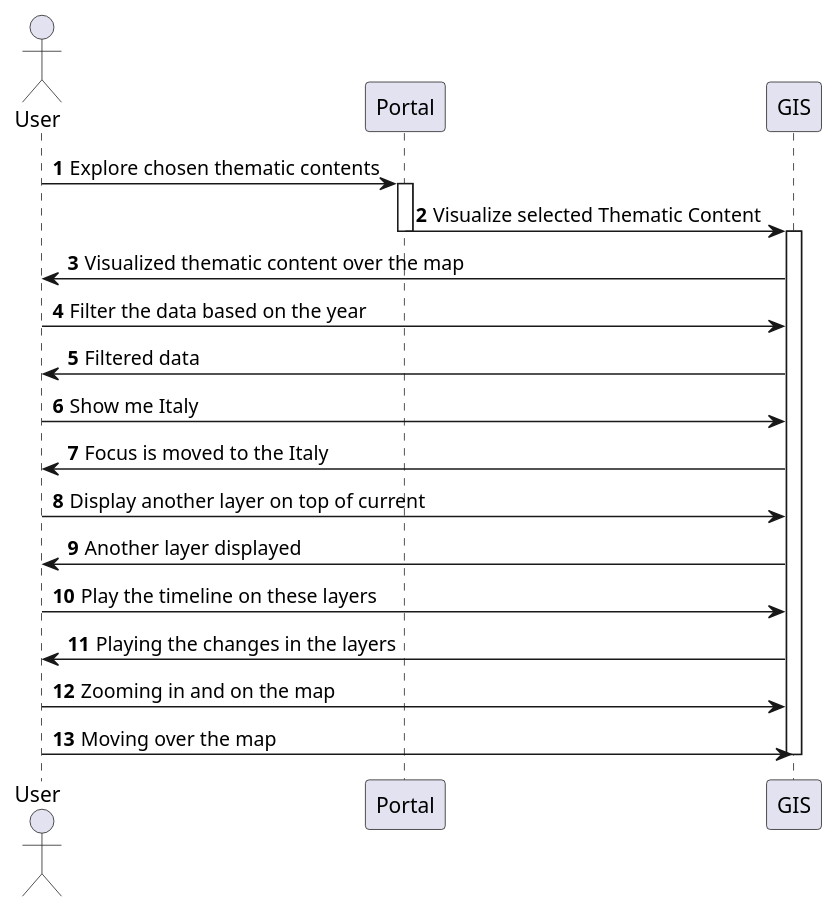
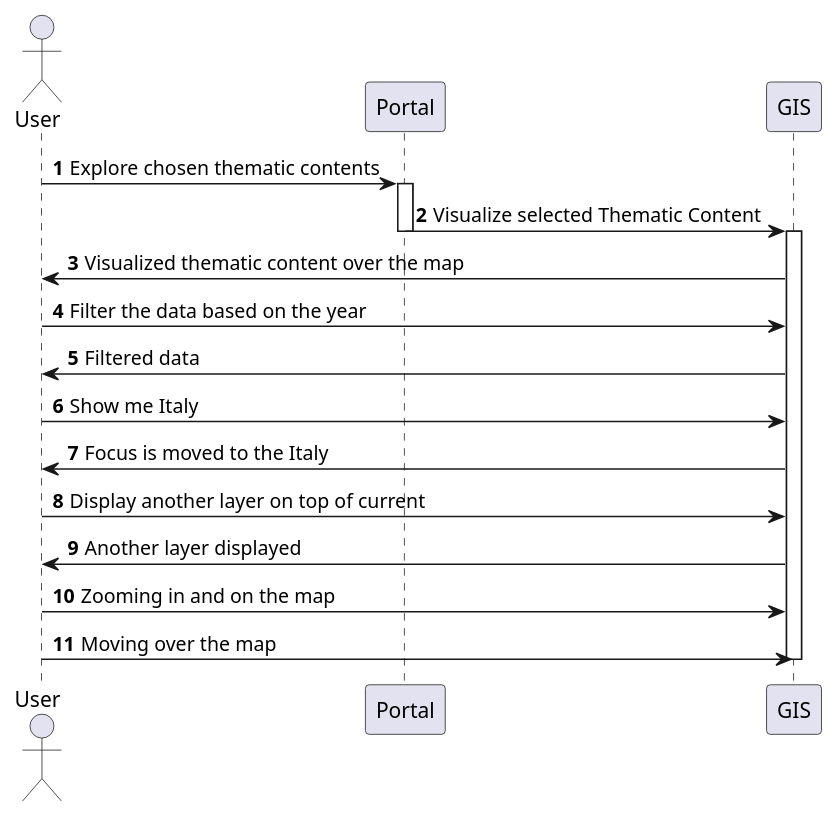
One commit to urban-tep/DDF-SDD changed the first of 2 diagrams in source/design/UC04.rst. Above: the diagram before and after it, drawn with PlantUML. The commit also changed other lines of this file and 1 other file, not shown here.

```diff
--- a/source/design/UC04.rst
+++ b/source/design/UC04.rst
@@ -60,28 +60,26 @@
 .. uml::
       :caption: Data discovery, query, visualization and combination on PUMA
       :align: center
 
       actor "User" as U
       participant "Portal" as P
       participant "GIS" as GIS
 
       autonumber
 
       U -> P : Explore chosen thematic contents
       activate P
       P -> GIS : Visualize selected Thematic Content
       deactivate P
 
       activate GIS
       GIS -> U : Visualized thematic content over the map
       U -> GIS : Filter the data based on the year
       GIS -> U : Filtered data
       U -> GIS : Show me Italy
       GIS -> U : Focus is moved to the Italy
       U -> GIS : Display another layer on top of current
       GIS -> U : Another layer displayed
-      U -> GIS : Play the timeline on these layers
-      GIS -> U : Playing the changes in the layers
       U -> GIS : Zooming in and on the map
       U -> GIS : Moving over the map
       deactivate GIS
```
